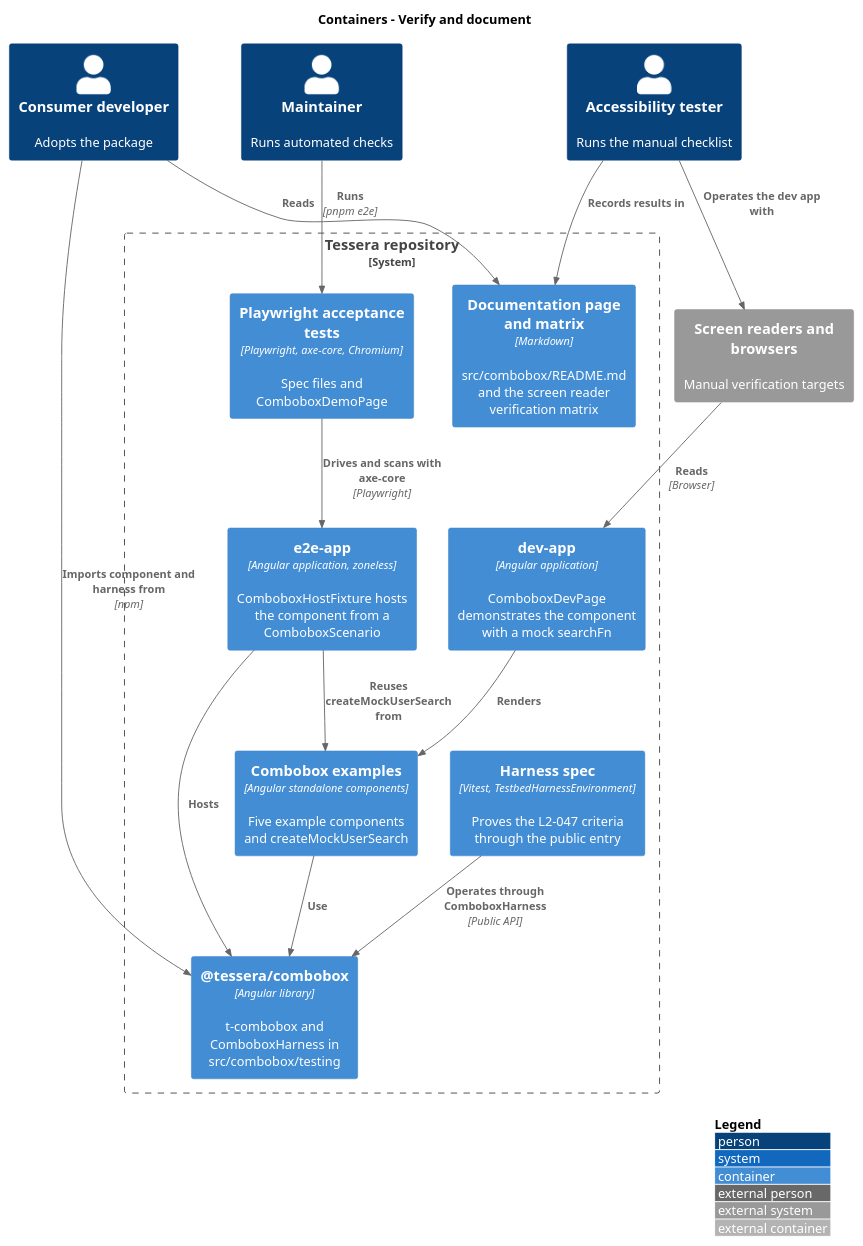
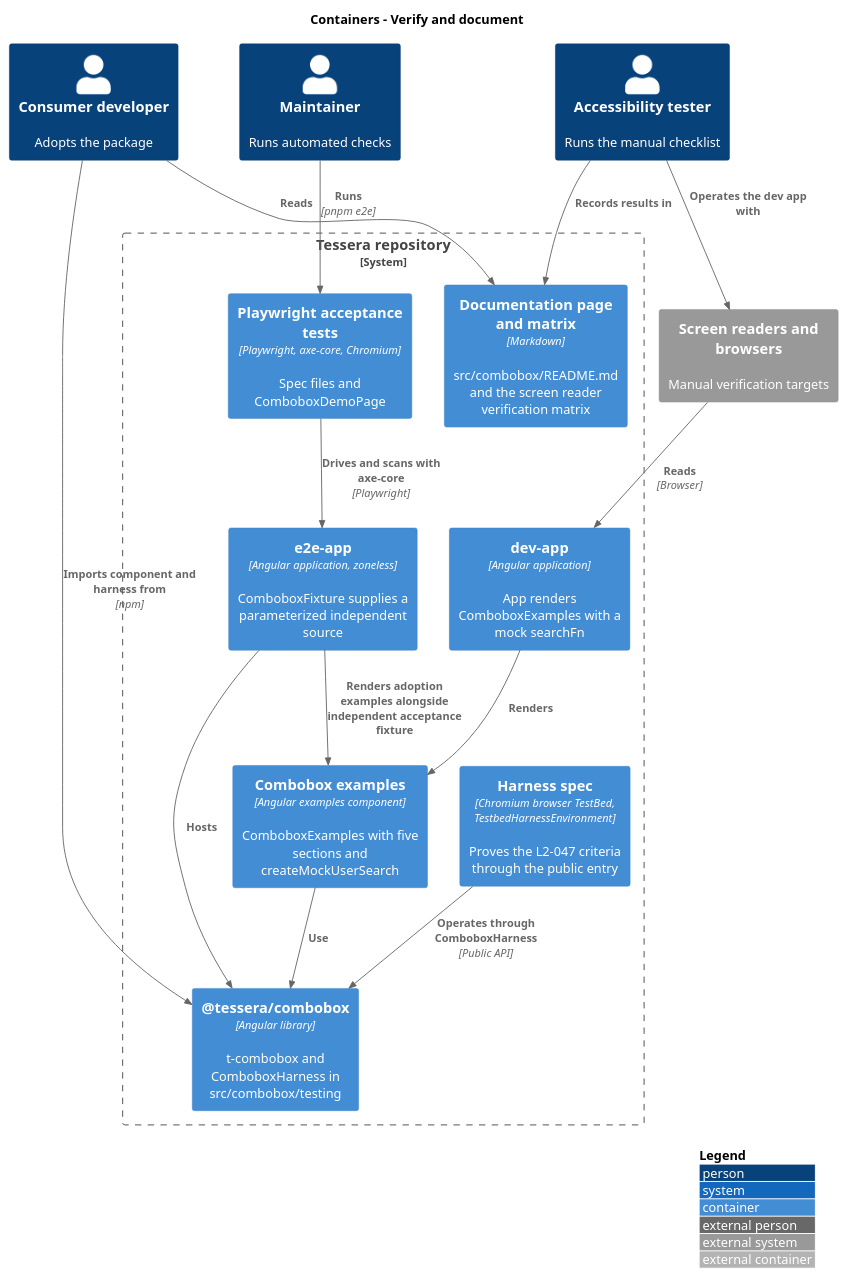
The diagram in docs/detailed-designs/combobox/verify-and-document/diagrams/c4-container.puml (QuinntyneBrown/Tessera), drawn with PlantUML before and after one commit. The commit also changed 194 other files, not shown here.

```diff
--- a/docs/detailed-designs/combobox/verify-and-document/diagrams/c4-container.puml
+++ b/docs/detailed-designs/combobox/verify-and-document/diagrams/c4-container.puml
@@ -1,31 +1,31 @@
 @startuml
 !include <C4/C4_Container>
 LAYOUT_WITH_LEGEND()
 title Containers - Verify and document
 
 Person(dev, "Consumer developer", "Adopts the package")
 Person(maintainer, "Maintainer", "Runs automated checks")
 Person(tester, "Accessibility tester", "Runs the manual checklist")
 System_Boundary(repo, "Tessera repository") {
   Container(pkg, "@tessera/combobox", "Angular library", "t-combobox and ComboboxHarness in src/combobox/testing")
-  Container(examples, "Combobox examples", "Angular standalone components", "Five example components and createMockUserSearch")
-  Container(devapp, "dev-app", "Angular application", "ComboboxDevPage demonstrates the component with a mock searchFn")
-  Container(e2e, "e2e-app", "Angular application, zoneless", "ComboboxHostFixture hosts the component from a ComboboxScenario")
+  Container(examples, "Combobox examples", "Angular examples component", "ComboboxExamples with five sections and createMockUserSearch")
+  Container(devapp, "dev-app", "Angular application", "App renders ComboboxExamples with a mock searchFn")
+  Container(e2e, "e2e-app", "Angular application, zoneless", "ComboboxFixture supplies a parameterized independent source")
   Container(tests, "Playwright acceptance tests", "Playwright, axe-core, Chromium", "Spec files and ComboboxDemoPage")
-  Container(harnessspec, "Harness spec", "Vitest, TestbedHarnessEnvironment", "Proves the L2-047 criteria through the public entry")
+  Container(harnessspec, "Harness spec", "Chromium browser TestBed, TestbedHarnessEnvironment", "Proves the L2-047 criteria through the public entry")
   Container(docs, "Documentation page and matrix", "Markdown", "src/combobox/README.md and the screen reader verification matrix")
 }
 System_Ext(sr, "Screen readers and browsers", "Manual verification targets")
 Rel(dev, docs, "Reads")
 Rel(dev, pkg, "Imports component and harness from", "npm")
 Rel(maintainer, tests, "Runs", "pnpm e2e")
 Rel(tests, e2e, "Drives and scans with axe-core", "Playwright")
 Rel(e2e, pkg, "Hosts")
-Rel(e2e, examples, "Reuses createMockUserSearch from")
+Rel(e2e, examples, "Renders adoption examples alongside independent acceptance fixture")
 Rel(devapp, examples, "Renders")
 Rel(examples, pkg, "Use")
 Rel(harnessspec, pkg, "Operates through ComboboxHarness", "Public API")
 Rel(tester, sr, "Operates the dev app with")
 Rel(sr, devapp, "Reads", "Browser")
 Rel(tester, docs, "Records results in")
 @enduml
```
